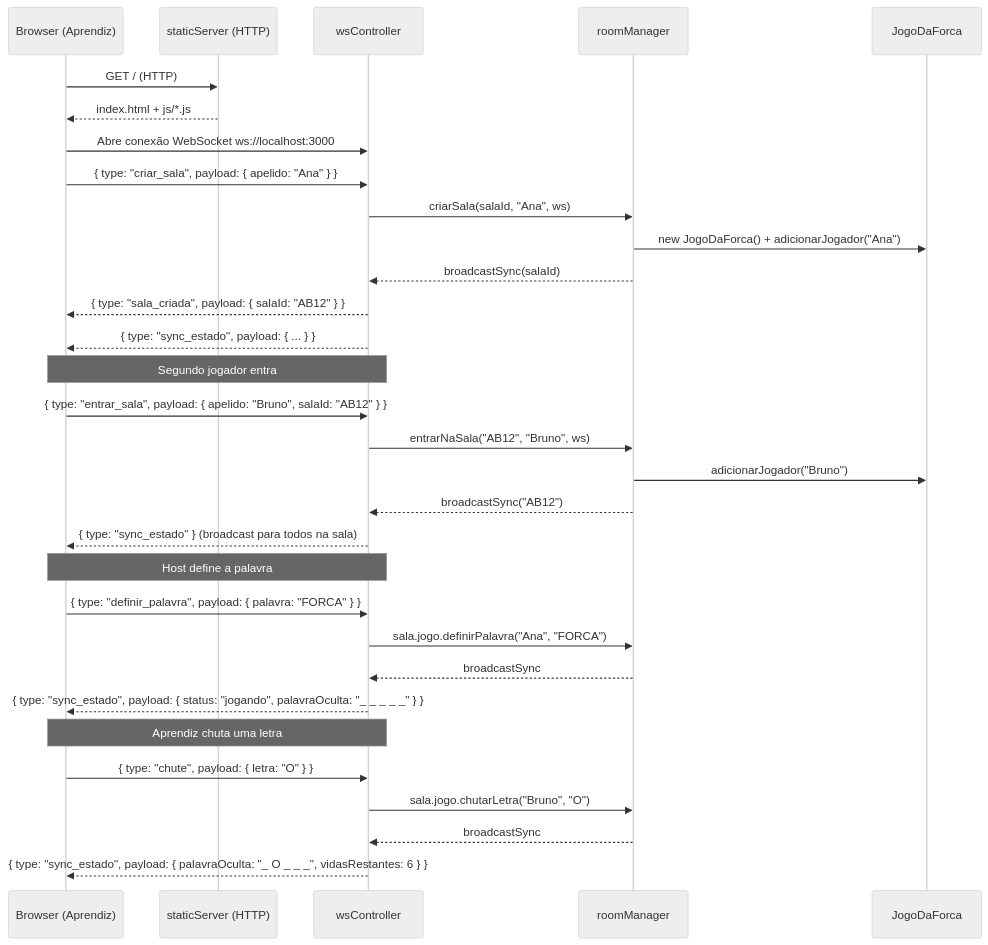
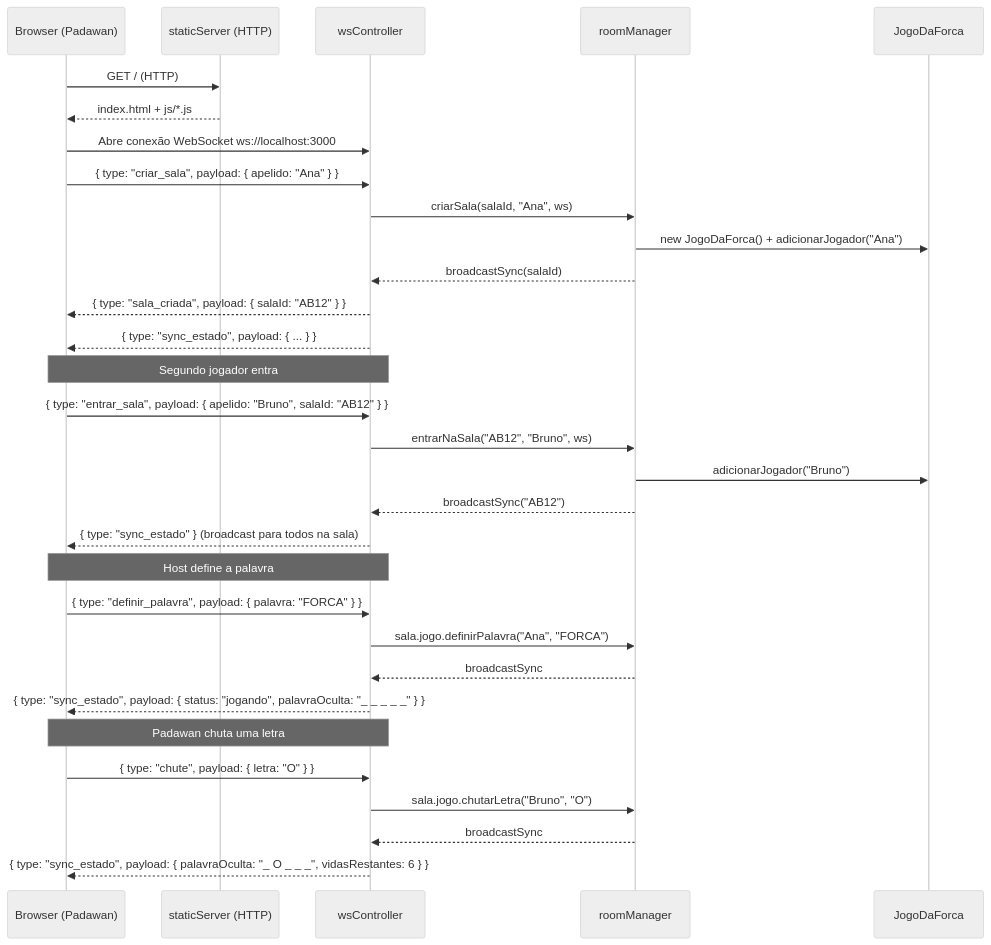
Before and after one commit to Leo981-web/jogo-memoriaG2: the second of 3 diagrams in .ai-instructions/03_ground_truth_architecture.md, drawn with Mermaid (neutral theme). The commit also changed other lines of this file and 3 other files, not shown here.

````diff
--- a/.ai-instructions/03_ground_truth_architecture.md
+++ b/.ai-instructions/03_ground_truth_architecture.md
@@ -96,38 +96,38 @@
 ```mermaid
 sequenceDiagram
-    participant B as Browser (Aprendiz)
+    participant B as Browser (Padawan)
     participant H as staticServer (HTTP)
     participant WS as wsController
     participant RM as roomManager
     participant JF as JogoDaForca
 
     B->>H: GET / (HTTP)
     H-->>B: index.html + js/*.js
 
     B->>WS: Abre conexão WebSocket ws://localhost:3000
     B->>WS: { type: "criar_sala", payload: { apelido: "Ana" } }
     WS->>RM: criarSala(salaId, "Ana", ws)
     RM->>JF: new JogoDaForca() + adicionarJogador("Ana")
     RM-->>WS: broadcastSync(salaId)
     WS-->>B: { type: "sala_criada", payload: { salaId: "AB12" } }
     WS-->>B: { type: "sync_estado", payload: { ... } }
 
     Note over B,WS: Segundo jogador entra
     B->>WS: { type: "entrar_sala", payload: { apelido: "Bruno", salaId: "AB12" } }
     WS->>RM: entrarNaSala("AB12", "Bruno", ws)
     RM->>JF: adicionarJogador("Bruno")
     RM-->>WS: broadcastSync("AB12")
     WS-->>B: { type: "sync_estado" } (broadcast para todos na sala)
 
     Note over B,WS: Host define a palavra
     B->>WS: { type: "definir_palavra", payload: { palavra: "FORCA" } }
     WS->>RM: sala.jogo.definirPalavra("Ana", "FORCA")
     RM-->>WS: broadcastSync
     WS-->>B: { type: "sync_estado", payload: { status: "jogando", palavraOculta: "_ _ _ _ _" } }
 
-    Note over B,WS: Aprendiz chuta uma letra
+    Note over B,WS: Padawan chuta uma letra
     B->>WS: { type: "chute", payload: { letra: "O" } }
     WS->>RM: sala.jogo.chutarLetra("Bruno", "O")
     RM-->>WS: broadcastSync
     WS-->>B: { type: "sync_estado", payload: { palavraOculta: "_ O _ _ _", vidasRestantes: 6 } }
 ```
````
